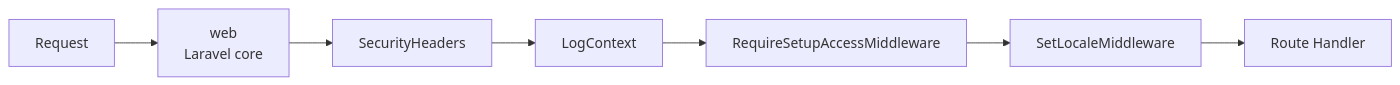
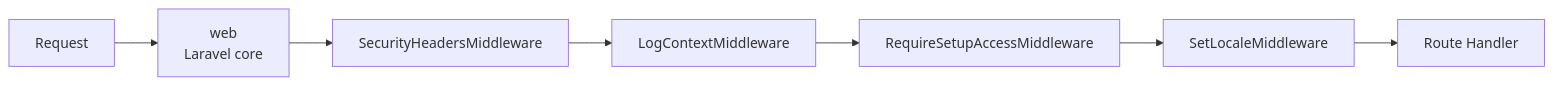
One commit to reasvyn/internara changed the second of 2 diagrams in docs/infrastructure/routes.md. Above: the diagram before and after it, drawn with Mermaid. The commit also changed other lines of this file and 32 other files, not shown here.

````diff
--- a/docs/infrastructure/routes.md
+++ b/docs/infrastructure/routes.md
@@ -140,9 +140,9 @@
 ```mermaid
 flowchart LR
     A[Request] --> B[web<br/>Laravel core]
-    B --> C[SecurityHeaders]
-    C --> D[LogContext]
+    B --> C[SecurityHeadersMiddleware]
+    C --> D[LogContextMiddleware]
     D --> E[RequireSetupAccessMiddleware]
     E --> F[SetLocaleMiddleware]
     F --> G[Route Handler]
 ```
````
